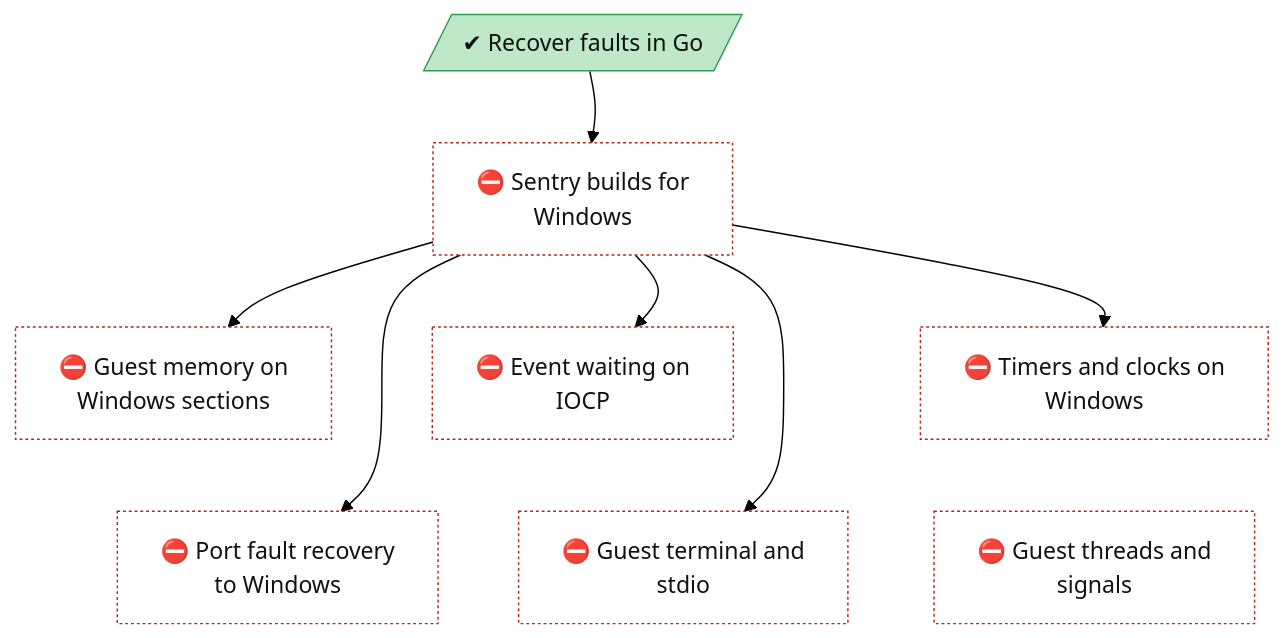
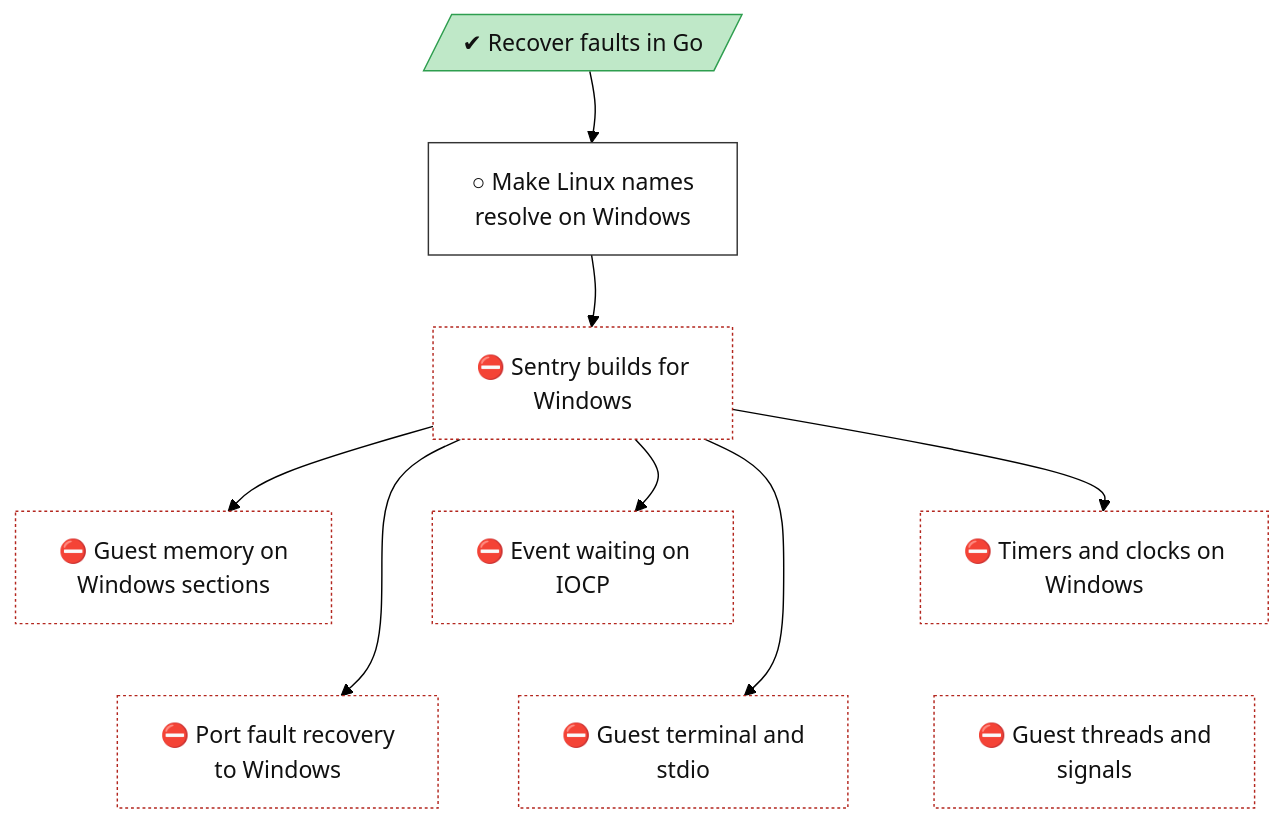
Before and after one commit to lhns/gvisor-windows: the diagram in docs/roadmap/tracks/sentry.md, drawn with Mermaid (forest theme). The commit also changed other lines of this file and 14 other files, not shown here.

````diff
--- a/docs/roadmap/tracks/sentry.md
+++ b/docs/roadmap/tracks/sentry.md
@@ -10,40 +10,44 @@
 ```mermaid
 flowchart TB
     sentry_go_fault_recovery[/"✔ Recover faults in Go"/]
+    sentry_unix_shim["○ Make Linux names<br/>resolve on Windows"]
     sentry_windows_build["⛔ Sentry builds for<br/>Windows"]
     sentry_memory_file_sections["⛔ Guest memory on<br/>Windows sections"]
     sentry_event_loop_iocp["⛔ Event waiting on<br/>IOCP"]
     sentry_timers_and_clocks["⛔ Timers and clocks on<br/>Windows"]
     sentry_fault_recovery["⛔ Port fault recovery<br/>to Windows"]
     sentry_host_stdio_and_tty["⛔ Guest terminal and<br/>stdio"]
     sentry_threads_and_signals["⛔ Guest threads and<br/>signals"]
-    sentry_go_fault_recovery ~~~ sentry_windows_build
+    sentry_go_fault_recovery ~~~ sentry_unix_shim
+    sentry_unix_shim ~~~ sentry_windows_build
     sentry_windows_build ~~~ sentry_memory_file_sections
     sentry_windows_build ~~~ sentry_event_loop_iocp
     sentry_windows_build ~~~ sentry_timers_and_clocks
     sentry_memory_file_sections ~~~ sentry_fault_recovery
     sentry_event_loop_iocp ~~~ sentry_host_stdio_and_tty
     sentry_timers_and_clocks ~~~ sentry_threads_and_signals
-    sentry_go_fault_recovery --> sentry_windows_build
+    sentry_go_fault_recovery --> sentry_unix_shim
+    sentry_unix_shim --> sentry_windows_build
     sentry_windows_build --> sentry_memory_file_sections
     sentry_windows_build --> sentry_event_loop_iocp
     sentry_windows_build --> sentry_timers_and_clocks
     sentry_windows_build --> sentry_fault_recovery
     sentry_windows_build --> sentry_host_stdio_and_tty
     classDef vsucc fill:#2e9e4f,stroke:#1b6b34,color:#fff
     classDef succ fill:#bfe8c8,stroke:#2e9e4f,color:#111
     classDef mixed fill:#ffd37a,stroke:#c98a00,color:#111
     classDef bad fill:#f28b82,stroke:#b3261e,color:#111
     classDef dead fill:#e6e6e6,stroke:#777,stroke-dasharray:5 5,color:#555
     classDef inprog fill:#a8cdf5,stroke:#1f6fc5,color:#111
     classDef next fill:#fff,stroke:#333,color:#111
     classDef blocked fill:#fff,stroke:#b3261e,stroke-dasharray:2 2,color:#111
     classDef parked fill:#f3f3f3,stroke:#999,color:#555
     classDef unrated fill:#fff,stroke:#333,stroke-dasharray:1 3,color:#111
     classDef gate fill:#d9c2f0,stroke:#7b3fb5,color:#111
     classDef decided fill:#ece0f7,stroke:#7b3fb5,stroke-dasharray:2 2,color:#111
     classDef finding fill:#ffe0b2,stroke:#d84315,stroke-width:2px,color:#111
     classDef waiting fill:#e3f2fd,stroke:#1f6fc5,stroke-dasharray:5 5,color:#111
     class sentry_go_fault_recovery succ
+    class sentry_unix_shim next
     class sentry_windows_build,sentry_memory_file_sections,sentry_event_loop_iocp,sentry_timers_and_clocks,sentry_fault_recovery,sentry_host_stdio_and_tty,sentry_threads_and_signals blocked
 ```
````
